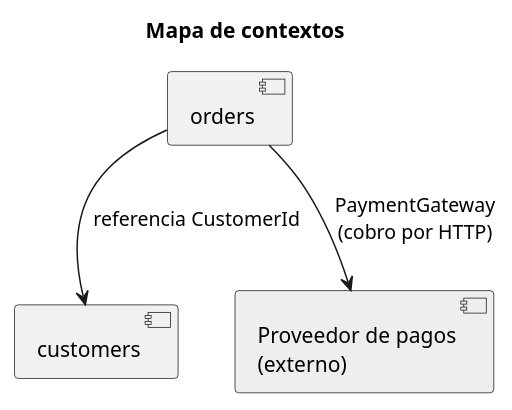
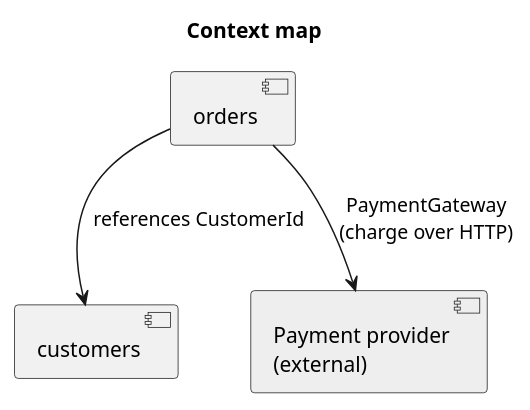
The diagram in .claude/references/docs/diagrams/context-map.puml (erikandreasdev/spring-ddd-template), drawn with PlantUML before and after one commit. The commit also changed 165 other files, not shown here.

```diff
--- a/.claude/references/docs/diagrams/context-map.puml
+++ b/.claude/references/docs/diagrams/context-map.puml
@@ -1,12 +1,12 @@
 @startuml context-map
-' Mapa de contextos: solo cuando hay dos o más. Un componente por contexto y una flecha por
-' relación, en el sentido de la dependencia, con lo que se intercambia.
-title Mapa de contextos
+' Context map: only when there are two or more. One component per context and one arrow per
+' relationship, in the direction of the dependency, with what is exchanged.
+title Context map
 
 component "orders" as orders
 component "customers" as customers
-component "Proveedor de pagos\n(externo)" as payments #EEEEEE
+component "Payment provider\n(external)" as payments #EEEEEE
 
-orders --> customers : referencia CustomerId
-orders --> payments : PaymentGateway\n(cobro por HTTP)
+orders --> customers : references CustomerId
+orders --> payments : PaymentGateway\n(charge over HTTP)
 @enduml
```
